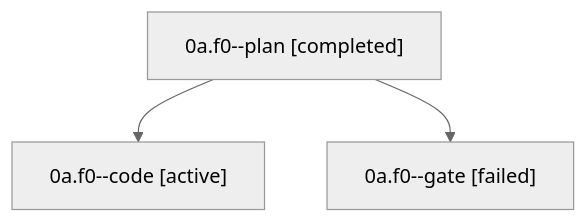
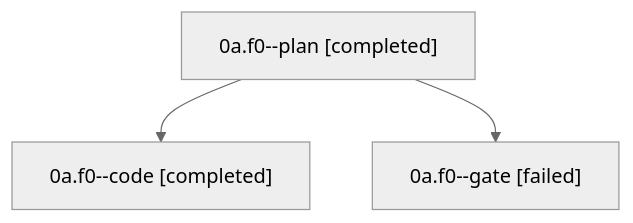
One commit to sase-org/sase--agents changed the diagram in families/bbugyi200.apollo.0a.f0.md. Above: the diagram before and after it, drawn with Mermaid (neutral theme). The commit also changed other lines of this file and 35 other files, not shown here.

````diff
--- a/families/bbugyi200.apollo.0a.f0.md
+++ b/families/bbugyi200.apollo.0a.f0.md
@@ -9,8 +9,8 @@
 ```mermaid
 flowchart TD
   n0["0a.f0--plan [completed]"]
-  n1["0a.f0--code [active]"]
+  n1["0a.f0--code [completed]"]
   n0 --> n1
   n2["0a.f0--gate [failed]"]
   n0 --> n2
 ```
````
